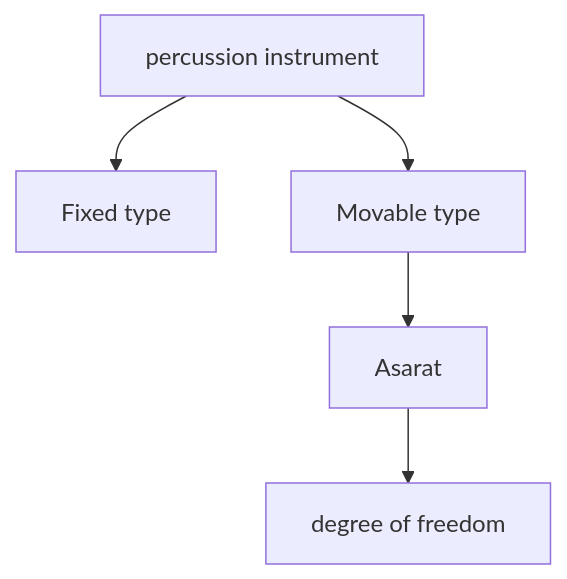
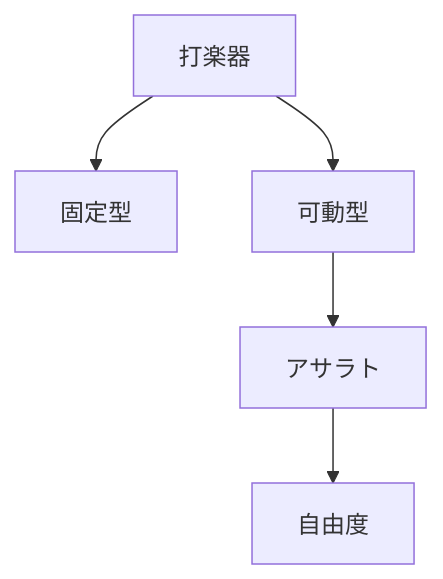
The fourth of 4 diagrams in en/_posts/2026-03-21-column-asalato.md (monumental-movement/monumental-movement.github.io), drawn with Mermaid before and after one commit. The commit also changed other lines of this file and 2196 other files, not shown here.

```diff
--- a/en/_posts/2026-03-21-column-asalato.md
+++ b/en/_posts/2026-03-21-column-asalato.md
@@ -181,7 +181,7 @@
 <div class="mermaid">
 graph TD
-A[percussion instrument] --> B[Fixed type]
-A --> C[Movable type]
-C --> D[Asarat]
-D --> E[degree of freedom]
+A[打楽器] --> B[固定型]
+A --> C[可動型]
+C --> D[アサラト]
+D --> E[自由度]
 </div>
```
